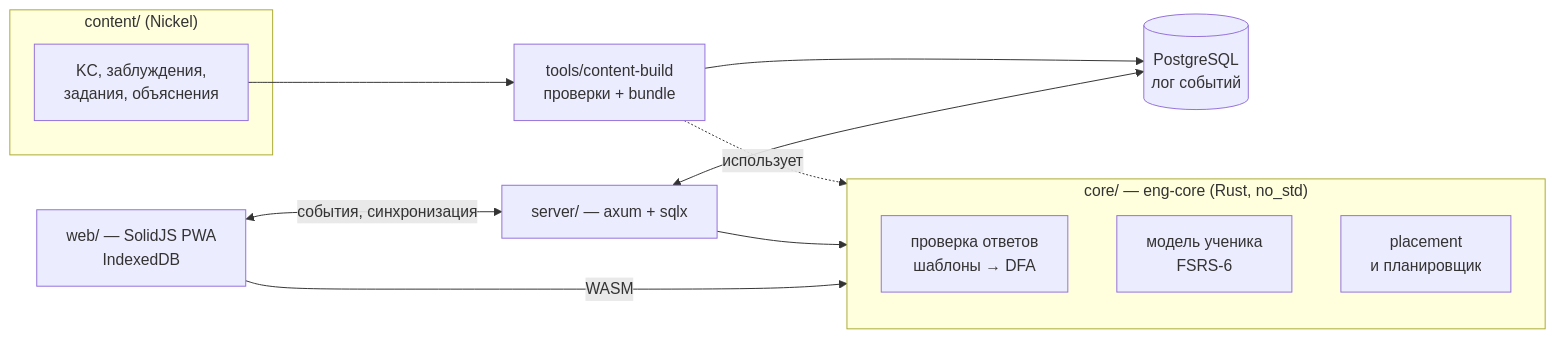
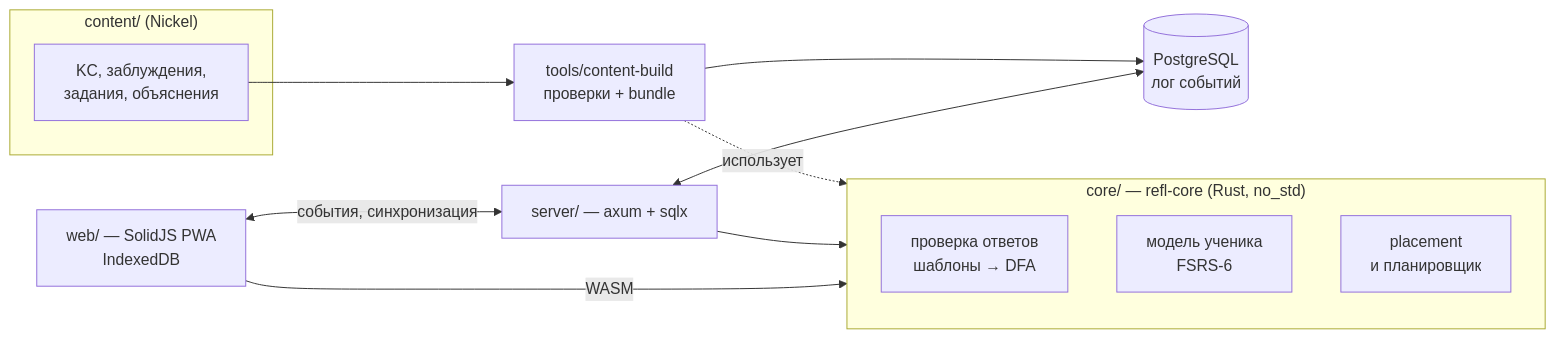
The second of 2 diagrams in README.md (shkrjnv/refl), drawn with Mermaid before and after one commit. The commit also changed other lines of this file and 24 other files, not shown here.

First line of the commit message:
chore: rename eng-* identifiers to refl

````diff
--- a/README.md
+++ b/README.md
@@ -183,21 +183,21 @@
 ```mermaid
 flowchart LR
   subgraph content["content/ (Nickel)"]
     N[KC, заблуждения,<br/>задания, объяснения]
   end
   CB["tools/content-build<br/>проверки + bundle"]
-  subgraph core["core/ — eng-core (Rust, no_std)"]
+  subgraph core["core/ — refl-core (Rust, no_std)"]
     A[проверка ответов<br/>шаблоны → DFA]
     M[модель ученика<br/>FSRS-6]
     P[placement<br/>и планировщик]
   end
   S["server/ — axum + sqlx"]
   DB[(PostgreSQL<br/>лог событий)]
   W["web/ — SolidJS PWA<br/>IndexedDB"]
   N --> CB --> DB
   CB -. использует .-> core
   S --> core
   W -- WASM --> core
   S <--> DB
   W <-- события, синхронизация --> S
 ```
````
